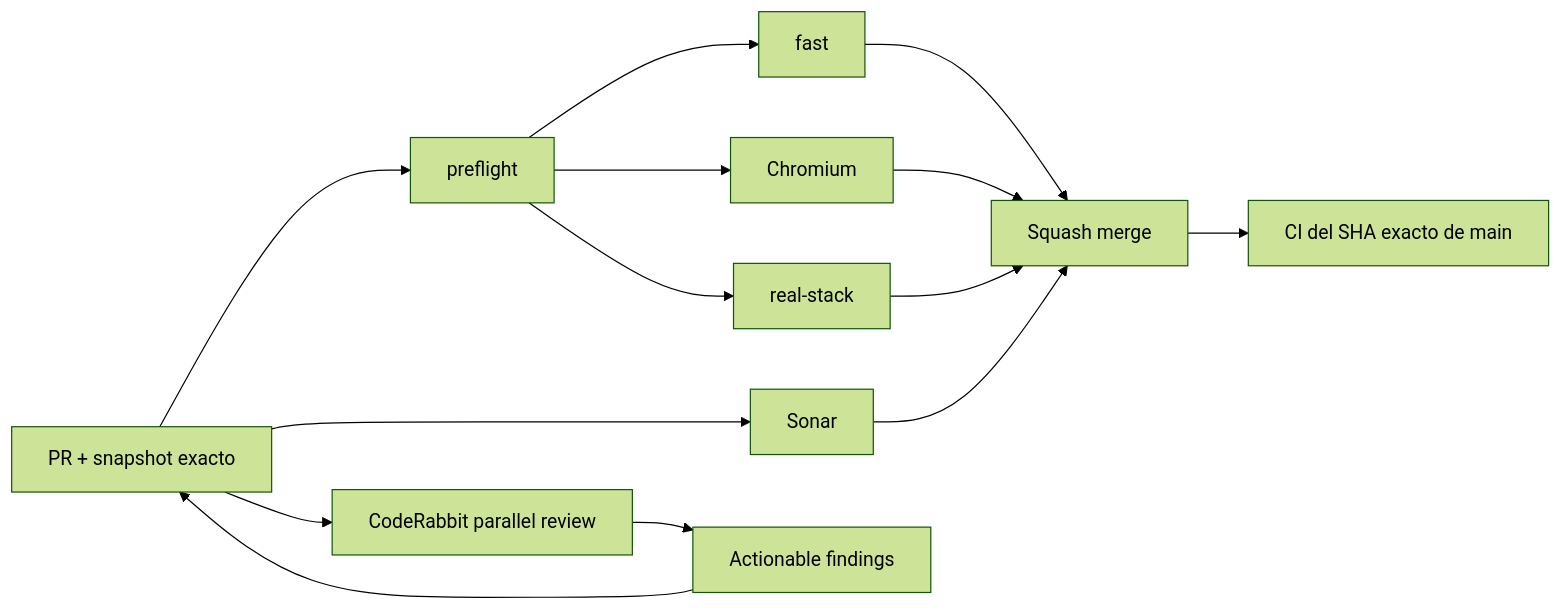
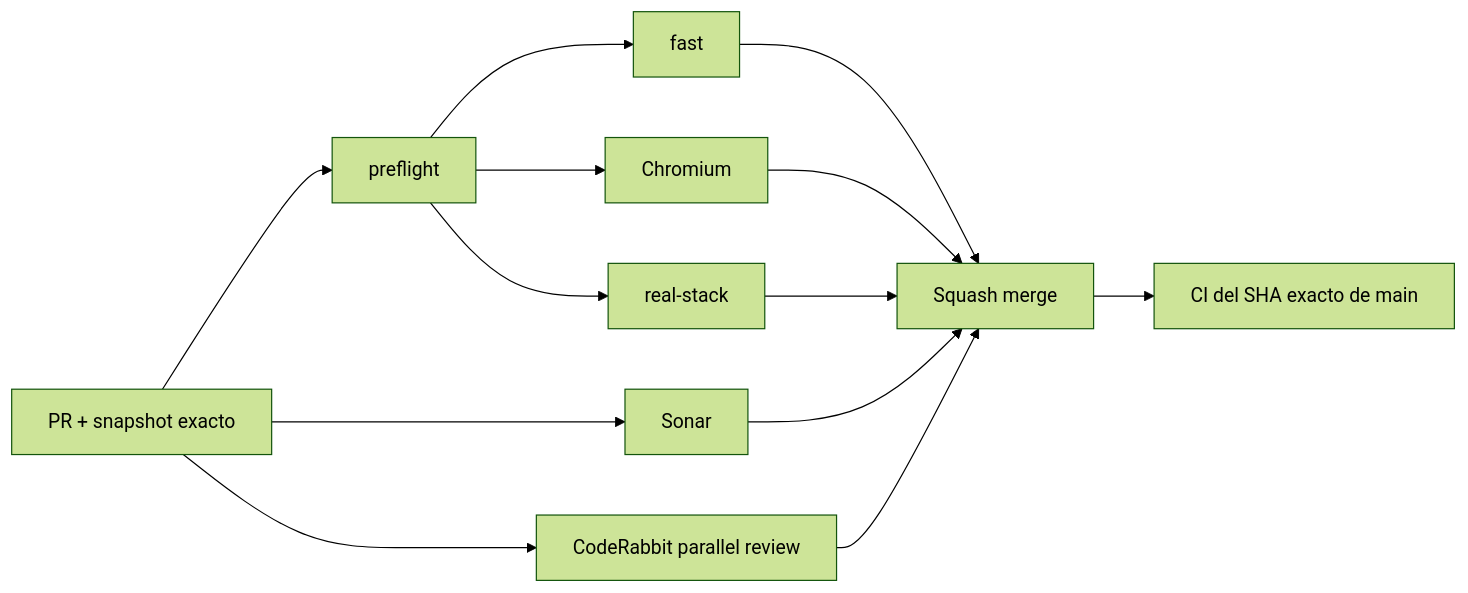
Before and after one commit to pl0n3r/brvtal: the diagram in README.md, drawn with Mermaid (forest theme). The commit also changed other lines of this file and 5 other files, not shown here.

````diff
--- a/README.md
+++ b/README.md
@@ -49,16 +41,15 @@
 ```mermaid
 flowchart LR
  A["PR + snapshot exacto"] --> P["preflight"]
  P --> F["fast"]
  P --> B["Chromium"]
  P --> R["real-stack"]
  A --> S["Sonar"]
  A --> C["CodeRabbit parallel review"]
- C --> K["Actionable findings"]
- K --> A
  F --> M["Squash merge"]
  B --> M
  R --> M
  S --> M
+ C --> M
  M --> X["CI del SHA exacto de main"]
 ```
````
